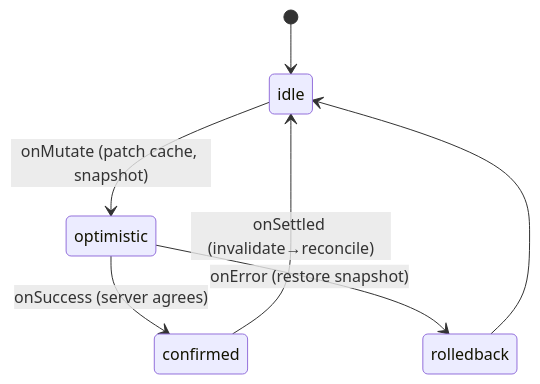
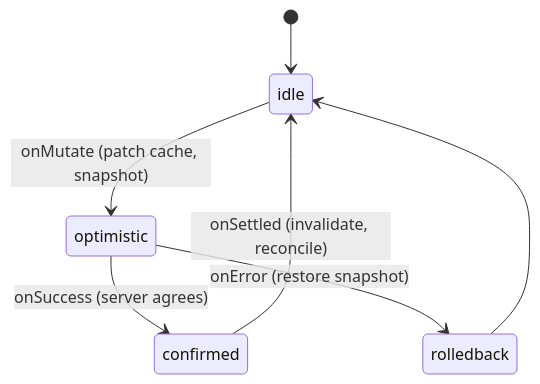
One commit to ashishxcode/frontend-internals changed the second of 2 diagrams in packages/content/content/10-tanstack-query.mdx. Above: the diagram before and after it, drawn with Mermaid. The commit also changed other lines of this file and 29 other files, not shown here.

Commit message:
rewrite: roadmap engineer-to-engineer + all 34 chapters new spec

````diff
--- a/packages/content/content/10-tanstack-query.mdx
+++ b/packages/content/content/10-tanstack-query.mdx
@@ -143,9 +45,9 @@
 ```mermaid
 stateDiagram-v2
   [*] --> idle
   idle --> optimistic: onMutate (patch cache, snapshot)
   optimistic --> confirmed: onSuccess (server agrees)
   optimistic --> rolledback: onError (restore snapshot)
-  confirmed --> idle: onSettled (invalidate→reconcile)
+  confirmed --> idle: onSettled (invalidate, reconcile)
   rolledback --> idle
 ```
````
